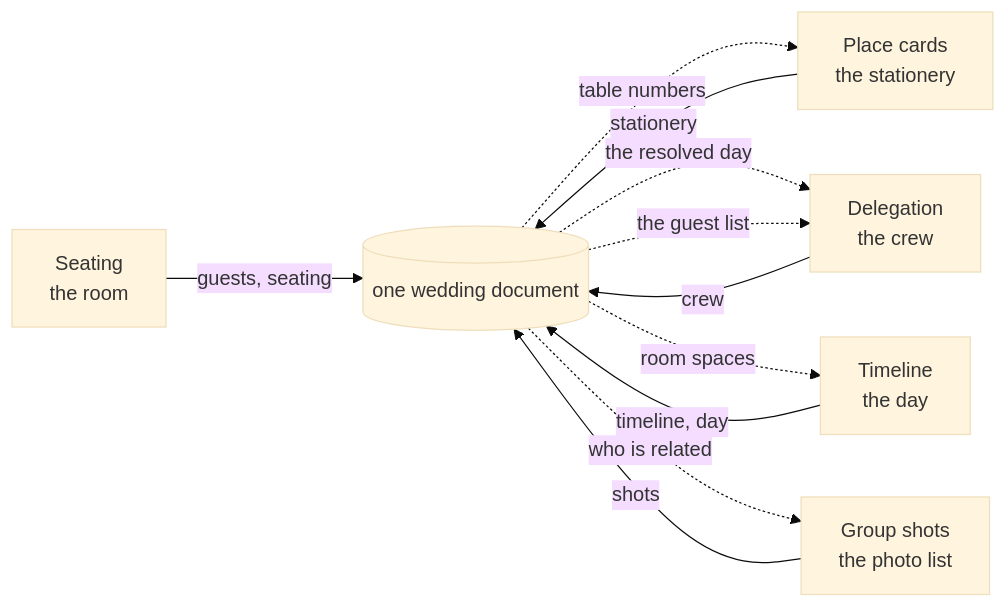
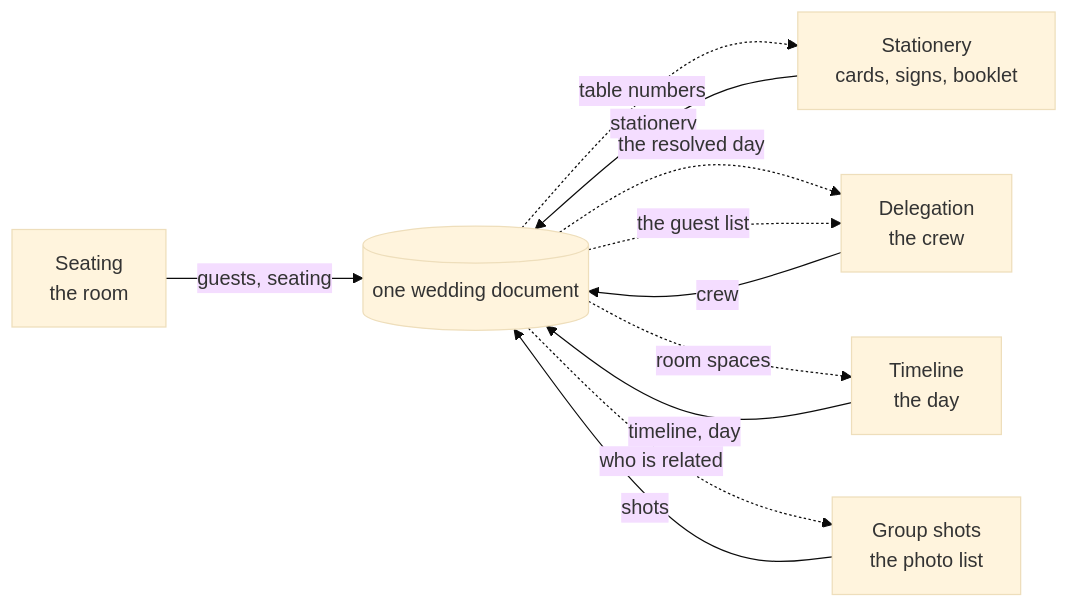
One commit to JFrusher/Knotwork changed the diagram in README.md. Above: the diagram before and after it, drawn with Mermaid (base theme). The commit also changed other lines of this file and 25 other files, not shown here.

First line of the commit message:
Place cards is now Stationery, at /stationery

````diff
--- a/README.md
+++ b/README.md
@@ -227,22 +227,22 @@
 ```mermaid
 flowchart LR
   S["Seating<br/>the room"]
-  P["Place cards<br/>the stationery"]
+  P["Stationery<br/>cards, signs, booklet"]
   T["Timeline<br/>the day"]
   D["Delegation<br/>the crew"]
   G["Group shots<br/>the photo list"]
 
   DOC[("one wedding document")]
 
   S -->|guests, seating| DOC
   P -->|stationery| DOC
   T -->|timeline, day| DOC
   D -->|crew| DOC
   G -->|shots| DOC
 
   DOC -.->|table numbers| P
   DOC -.->|the resolved day| D
   DOC -.->|the guest list| D
   DOC -.->|room spaces| T
   DOC -.->|who is related| G
 ```
````
